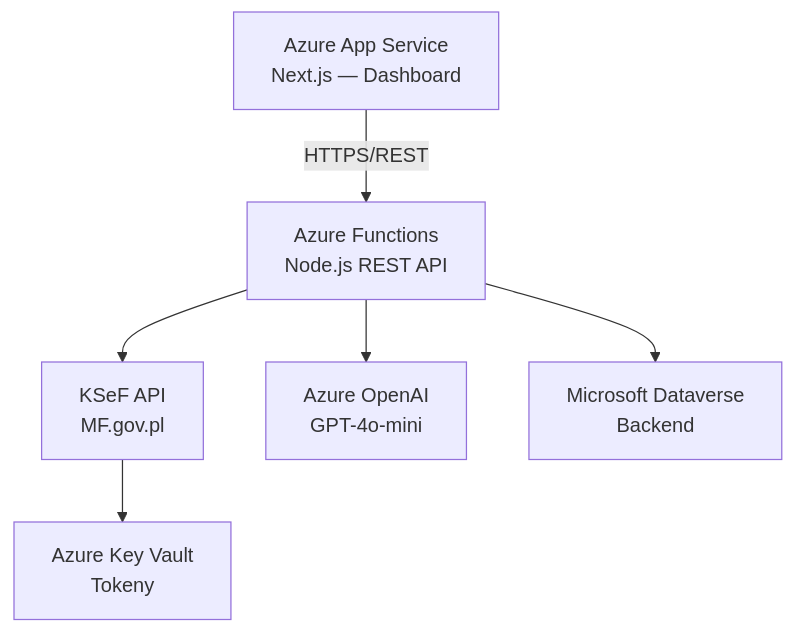
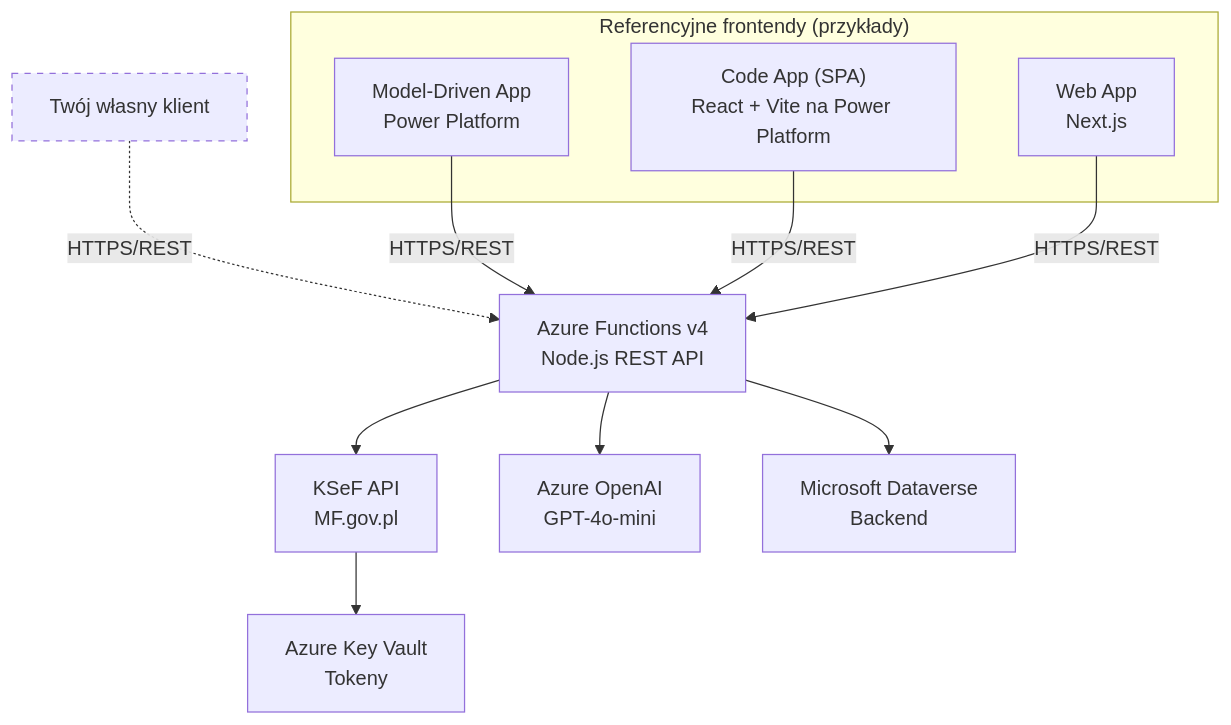
Before and after one commit to Developico/KSeF-Copilot: the diagram in README.md, drawn with Mermaid. The commit also changed other lines of this file and 1 other file, not shown here.

Commit message:
docs: update READMEs with API-First philosophy, multi-frontend diagram, reference implementation labels

````diff
--- a/README.md
+++ b/README.md
@@ -35,8 +33,17 @@
 ```mermaid
 graph TB
-    AppService["Azure App Service<br/>Next.js — Dashboard"] -->|HTTPS/REST| Functions["Azure Functions<br/>Node.js REST API"]
+    subgraph Refs["Referencyjne frontendy (przykłady)"]
+        MDA["Model-Driven App<br/>Power Platform"]
+        CodeApp["Code App (SPA)<br/>React + Vite na Power Platform"]
+        WebApp["Web App<br/>Next.js"]
+    end
+    CustomClient["Twój własny klient"]:::dashed -.->|HTTPS/REST| Functions
+    MDA -->|HTTPS/REST| Functions["Azure Functions v4<br/>Node.js REST API"]
+    CodeApp -->|HTTPS/REST| Functions
+    WebApp -->|HTTPS/REST| Functions
     Functions --> KSeF["KSeF API<br/>MF.gov.pl"]
     Functions --> OpenAI["Azure OpenAI<br/>GPT-4o-mini"]
     Functions --> Dataverse["Microsoft Dataverse<br/>Backend"]
     KSeF --> KeyVault["Azure Key Vault<br/>Tokeny"]
+    classDef dashed stroke-dasharray: 5 5
 ```
````
